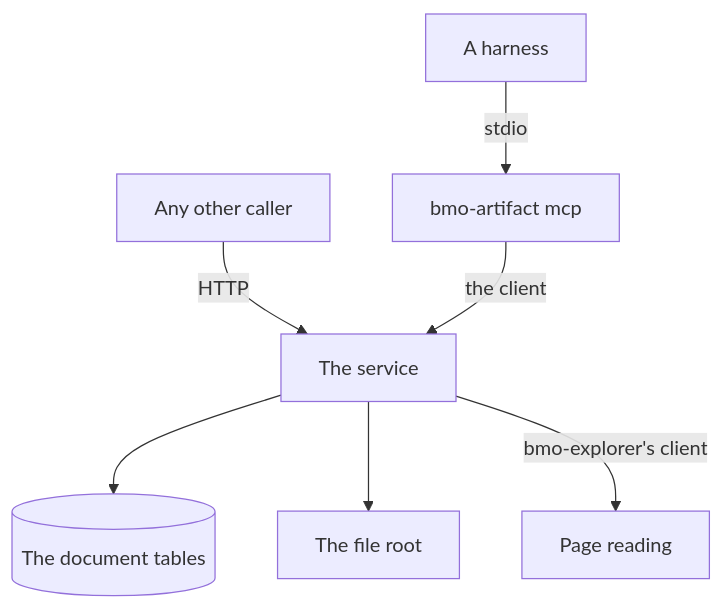
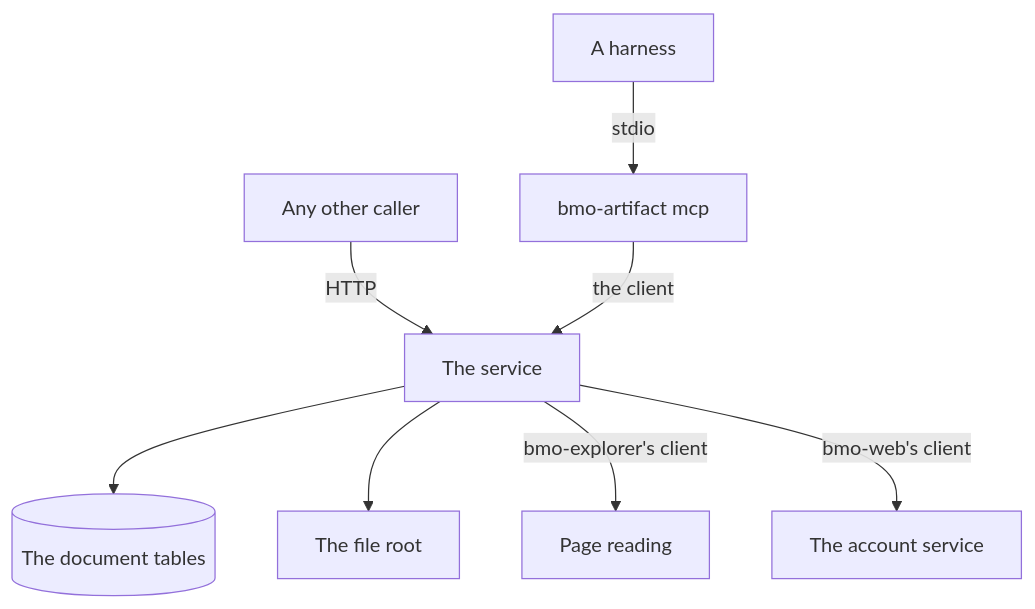
Before and after one commit to ahas/bmo-artifact: the first of 2 diagrams in docs/api.md, drawn with Mermaid. The commit also changed other lines of this file and 54 other files, not shown here.

````diff
--- a/docs/api.md
+++ b/docs/api.md
@@ -11,9 +11,10 @@
 ```mermaid
 flowchart TD
   H[A harness] -->|stdio| M[bmo-artifact mcp]
   C[Any other caller] -->|HTTP| S[The service]
   M -->|the client| S
   S --> D[(The document tables)]
   S --> F[The file root]
   S -->|bmo-explorer's client| E[Page reading]
+  S -->|bmo-web's client| W[The account service]
 ```
````
